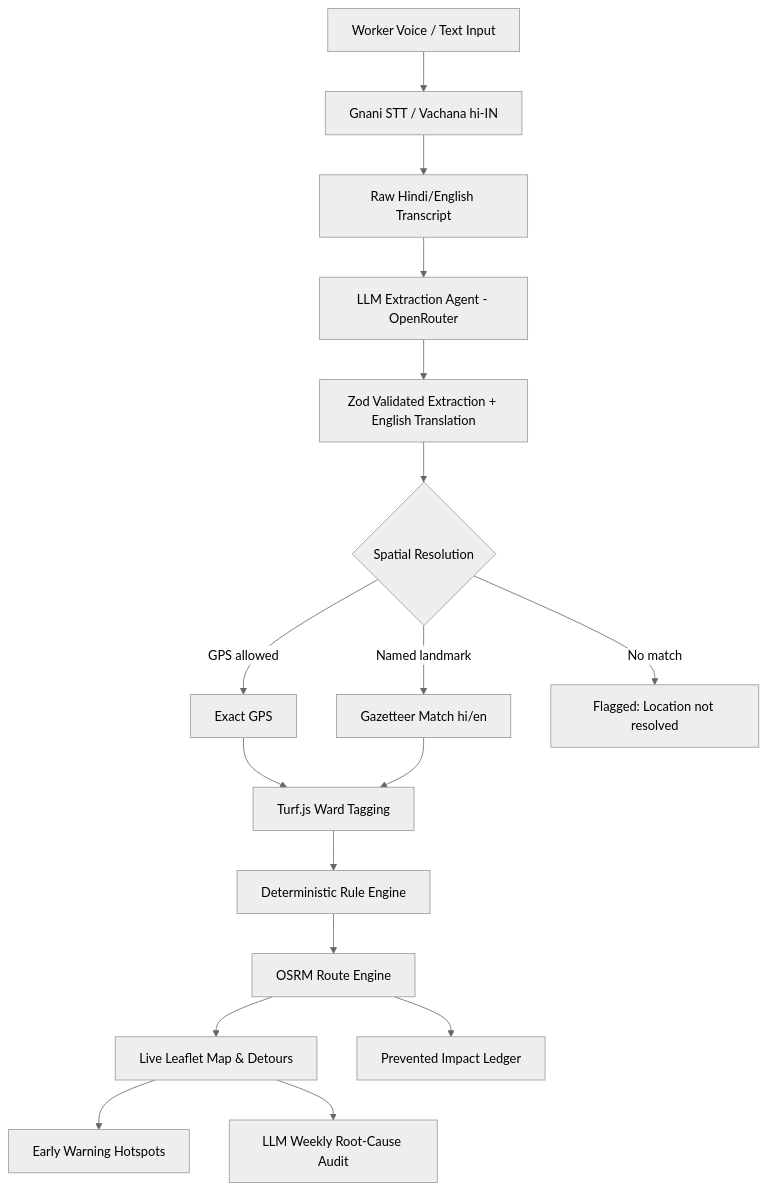
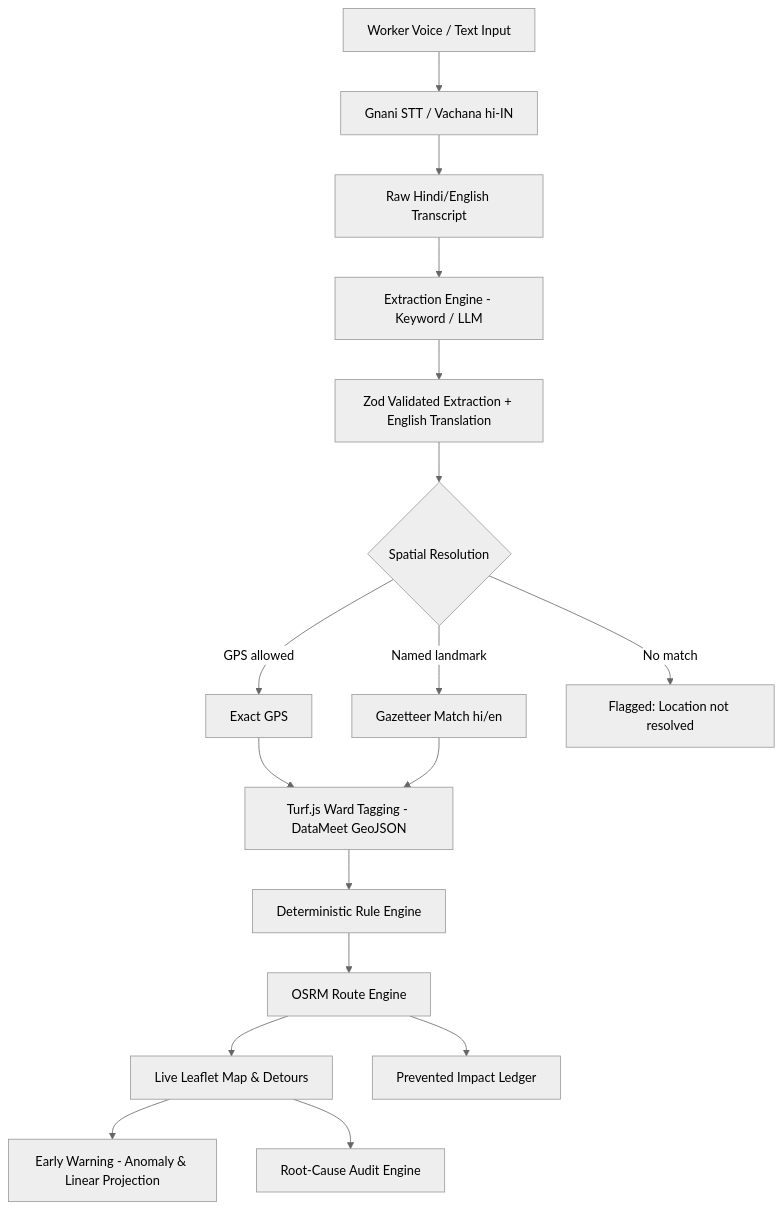
The diagram in README.md (kaizen105/Garbage_unstop_project), drawn with Mermaid (neutral theme) before and after one commit. The commit also changed other lines of this file and 1 other file, not shown here.

Commit message:
docs: refine README with live demo details, DataMeet note, linear projection, evon note, and author

````diff
--- a/README.md
+++ b/README.md
@@ -67,25 +74,25 @@
 ```mermaid
 flowchart TD
     Voice[Worker Voice / Text Input] --> STT[Gnani STT / Vachana hi-IN]
     STT --> Transcript[Raw Hindi/English Transcript]
-    Transcript --> LLM[LLM Extraction Agent - OpenRouter]
+    Transcript --> LLM[Extraction Engine - Keyword / LLM]
     
     LLM --> Schema[Zod Validated Extraction + English Translation]
     Schema --> LocMatch{Spatial Resolution}
     
     LocMatch -->|GPS allowed| Coords[Exact GPS]
     LocMatch -->|Named landmark| Gazetteer[Gazetteer Match hi/en]
     LocMatch -->|No match| Unresolved[Flagged: Location not resolved]
     
-    Coords --> Ward[Turf.js Ward Tagging]
+    Coords --> Ward[Turf.js Ward Tagging - DataMeet GeoJSON]
     Gazetteer --> Ward
     
     Ward --> DispatchRules[Deterministic Rule Engine]
     DispatchRules --> RouteAPI[OSRM Route Engine]
     
     RouteAPI --> LeafletMap[Live Leaflet Map & Detours]
     RouteAPI --> ImpactLedger[Prevented Impact Ledger]
     
-    LeafletMap --> HotspotPanel[Early Warning Hotspots]
-    LeafletMap --> WeeklyAudit[LLM Weekly Root-Cause Audit]
+    LeafletMap --> HotspotPanel[Early Warning - Anomaly & Linear Projection]
+    LeafletMap --> WeeklyAudit[Root-Cause Audit Engine]
 ```
````
